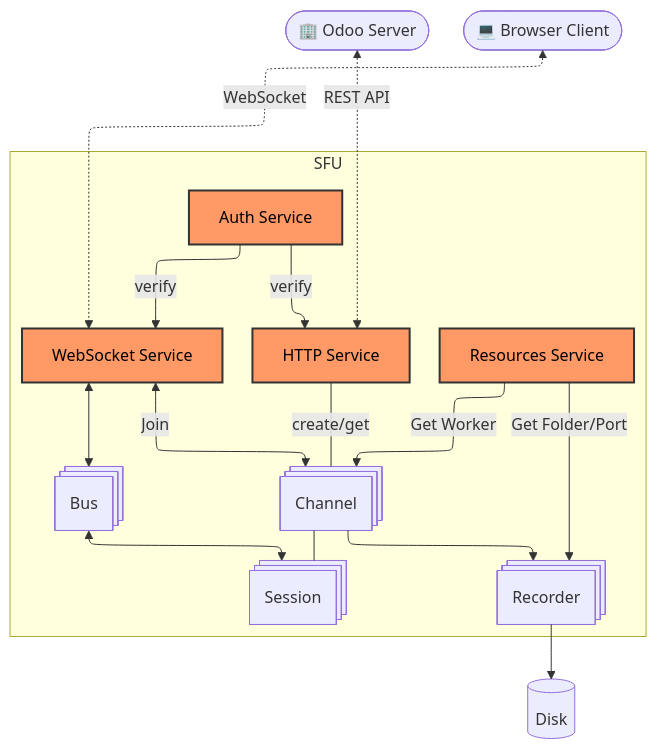
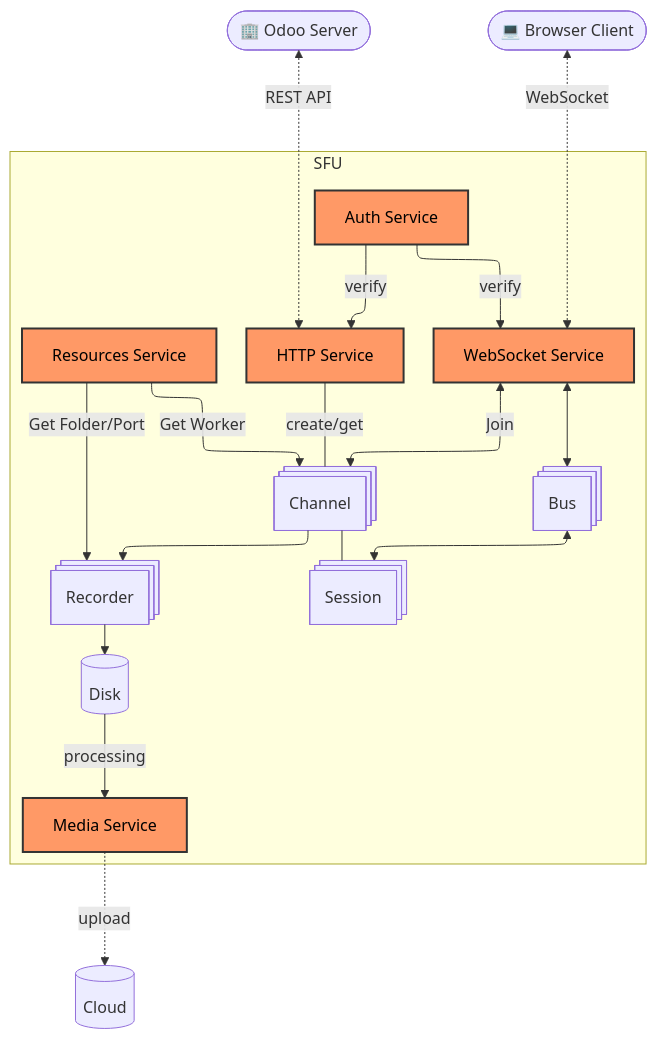
Before and after one commit to odoo/sfu: the first of 2 diagrams in src/services/README.md, drawn with Mermaid. The commit also changed other lines of this file and 4 other files, not shown here.

Commit message:
[wip] partial media service

````diff
--- a/src/services/README.md
+++ b/src/services/README.md
@@ -7,40 +7,47 @@
 ```mermaid
 ---
 config:
   layout: elk
 ---
 flowchart TB
  subgraph s1["SFU"]
         HTTP["HTTP Service"]
         WS["WebSocket Service"]
         Auth["Auth Service"]
         Bus["Bus"]
         Channel["Channel"]
         Resources["Resources Service"]
         Recorder["Recorder"]
+        Media["Media Service"]
         Session["Session"]
+        Disk
   end
     Server(["🏢 Odoo Server"]) <-. REST API ...-> HTTP
     Client(["💻 Browser Client"]) <-. WebSocket ...-> WS
     Auth -- verify --> HTTP & WS
     WS <--> Bus
     Bus <--> Session
     Resources -- Get Worker ---> Channel
     Resources -- Get Folder/Port ---> Recorder
     HTTP -- create/get ---- Channel
     WS <-- Join ---> Channel
     Channel --- Session
     Channel ---> Recorder
     Recorder ---> Disk
+    Media -.-> |upload| Cloud
+    Disk --->|processing| Media
+    
 
     Bus@{ shape: procs}
     Channel@{ shape: procs}
     Recorder@{ shape: procs}
     Session@{ shape: procs}
     Disk@{ shape: cyl}
+    Cloud@{ shape: cyl}
     HTTP:::service
     WS:::service
     Auth:::service
+    Media:::service
     Resources:::service
     classDef service fill:#f96,stroke:#333,stroke-width:2px,color:#000
 ```
````
